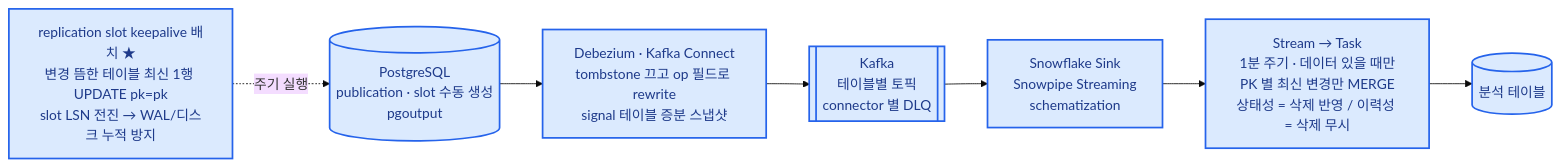
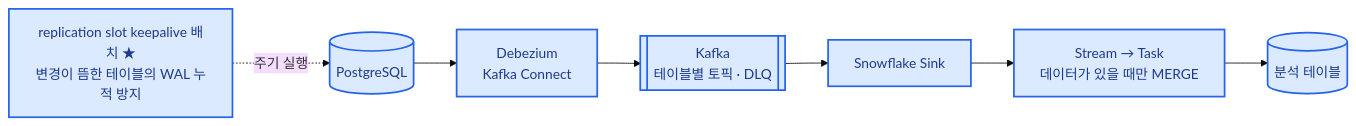
One commit to shalwxy/career changed the diagram in content/diagrams/cdc.mmd. Above: the diagram before and after it, drawn with Mermaid (base theme). The commit also changed 27 other files, not shown here.

```diff
--- a/content/diagrams/cdc.mmd
+++ b/content/diagrams/cdc.mmd
@@ -1,14 +1,14 @@
 %% title: PostgreSQL CDC → Snowflake
 %% title_en: PostgreSQL CDC → Snowflake
 flowchart LR
-    PG[(PostgreSQL<br/>publication · slot 수동 생성<br/>pgoutput)]
-    DZ[Debezium · Kafka Connect<br/>tombstone 끄고 op 필드로 rewrite<br/>signal 테이블 증분 스냅샷]
-    K[[Kafka<br/>테이블별 토픽<br/>connector 별 DLQ]]
-    SK[Snowflake Sink<br/>Snowpipe Streaming<br/>schematization]
-    ST[Stream → Task<br/>1분 주기 · 데이터 있을 때만<br/>PK 별 최신 변경만 MERGE<br/>상태성 = 삭제 반영 / 이력성 = 삭제 무시]
+    PG[(PostgreSQL)]
+    DZ[Debezium<br/>Kafka Connect]
+    K[[Kafka<br/>테이블별 토픽 · DLQ]]
+    SK[Snowflake Sink]
+    ST[Stream → Task<br/>데이터가 있을 때만 MERGE]
     T[(분석 테이블)]
-    KA[replication slot keepalive 배치 ★<br/>변경 뜸한 테이블 최신 1행 UPDATE pk=pk<br/>slot LSN 전진 → WAL/디스크 누적 방지]
+    KA[replication slot keepalive 배치 ★<br/>변경이 뜸한 테이블의 WAL 누적 방지]
     PG --> DZ --> K --> SK --> ST --> T
     KA -. 주기 실행 .-> PG
     classDef mine fill:#dbeafe,stroke:#2563eb,stroke-width:2px,color:#1e3a8a
     class PG,DZ,K,SK,ST,T,KA mine
```
